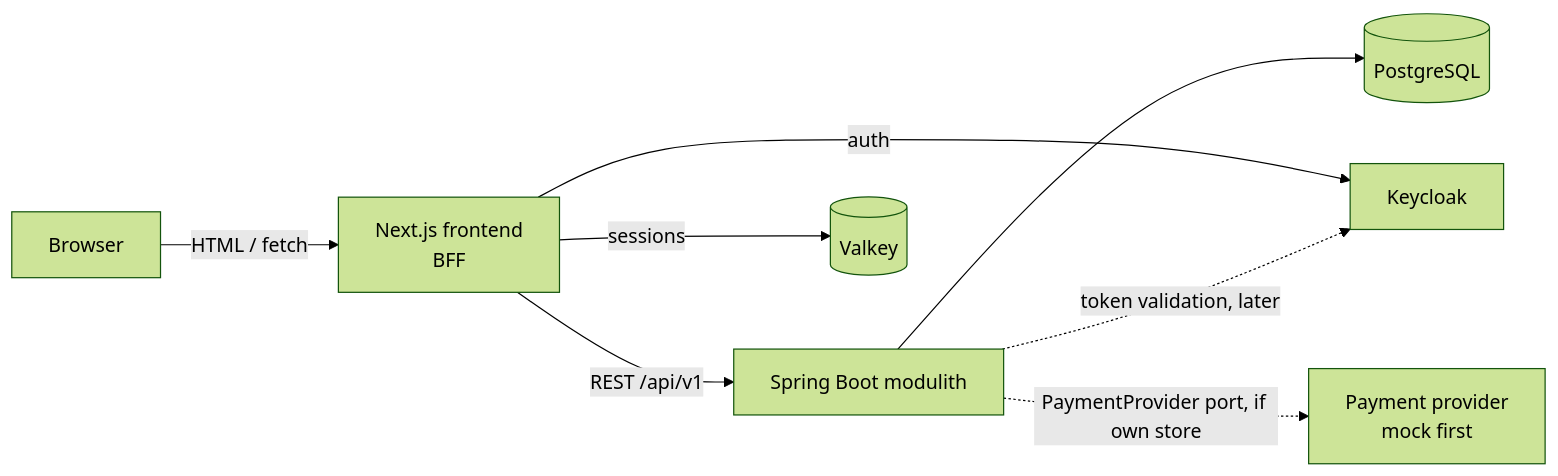
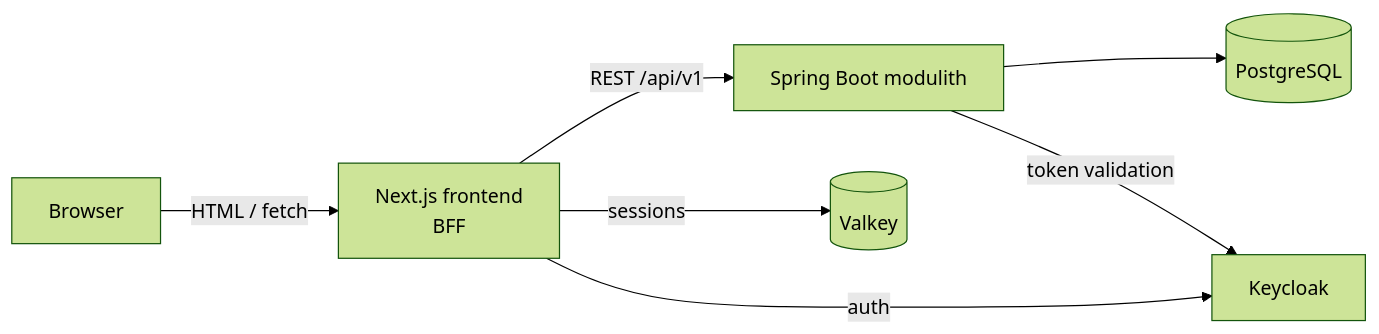
The diagram in README.md (MiguelSombrero/kalia), drawn with Mermaid (forest theme) before and after one commit. The commit also changed other lines of this file and 33 other files, not shown here.

````diff
--- a/README.md
+++ b/README.md
@@ -80,10 +120,9 @@
 ```mermaid
 flowchart LR
     Browser -->|HTML / fetch| Next[Next.js frontend<br/>BFF]
     Next -->|REST /api/v1| Spring[Spring Boot modulith]
     Spring --> PG[(PostgreSQL)]
     Next -->|sessions| Valkey[(Valkey)]
     Next -->|auth| KC[Keycloak]
-    Spring -.->|token validation, later| KC
-    Spring -.->|PaymentProvider port, if own store| PSP[Payment provider<br/>mock first]
+    Spring -->|token validation| KC
 ```
````
